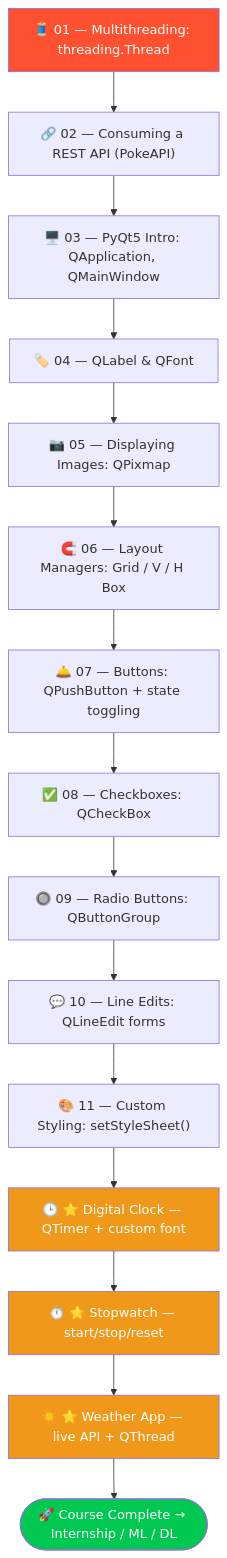
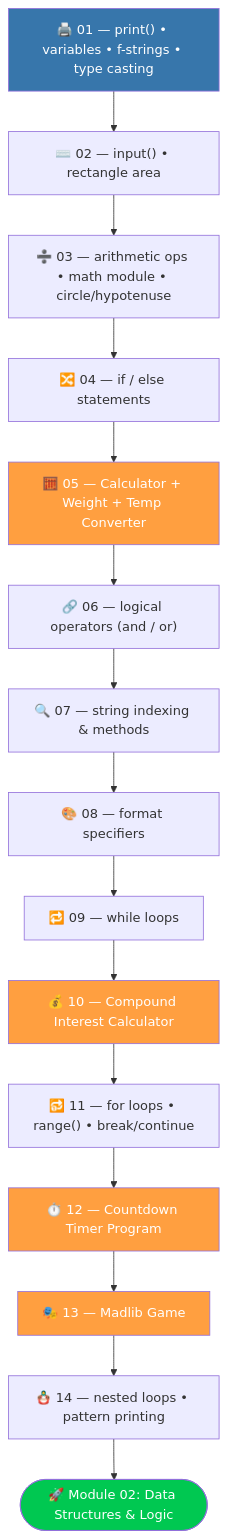
One commit to MuhammadZafran33/Algorithm-Arsenal changed the second of 3 diagrams in Python By Bro Code/04-GUI-and-APIs/README.md. Above: the diagram before and after it, drawn with Mermaid. The commit also changed other lines of this file, not shown here.

````diff
--- a/Python By Bro Code/04-GUI-and-APIs/README.md
+++ b/Python By Bro Code/04-GUI-and-APIs/README.md
@@ -81,23 +70,24 @@
 ```mermaid
 flowchart TD
-    A["🧵 01 — Multithreading: threading.Thread"] --> B["🔗 02 — Consuming a REST API (PokeAPI)"]
-    B --> C["🖥️ 03 — PyQt5 Intro: QApplication, QMainWindow"]
-    C --> D["🏷️ 04 — QLabel & QFont"]
-    D --> E["📷 05 — Displaying Images: QPixmap"]
-    E --> F["🧲 06 — Layout Managers: Grid / V / H Box"]
-    F --> G["🛎️ 07 — Buttons: QPushButton + state toggling"]
-    G --> H["✅ 08 — Checkboxes: QCheckBox"]
-    H --> I["🔘 09 — Radio Buttons: QButtonGroup"]
-    I --> J["💬 10 — Line Edits: QLineEdit forms"]
-    J --> K["🎨 11 — Custom Styling: setStyleSheet()"]
-    K --> L["🕒 ⭐ Digital Clock — QTimer + custom font"]
-    L --> M["⏱️ ⭐ Stopwatch — start/stop/reset"]
-    M --> N["☀️ ⭐ Weather App — live API + QThread"]
-    N --> O(["🚀 Course Complete → Internship / ML / DL"])
+    A["🖨️ 01 — print() • variables • f-strings • type casting"] --> B["⌨️ 02 — input() • rectangle area"]
+    B --> C["➗ 03 — arithmetic ops • math module • circle/hypotenuse"]
+    C --> D["🔀 04 — if / else statements"]
+    D --> E["🧮 05 — Calculator + Weight + Temp Converter"]
+    E --> F["🔗 06 — logical operators (and / or)"]
+    F --> G["🔍 07 — string indexing & methods"]
+    G --> H["🎨 08 — format specifiers"]
+    H --> I["🔁 09 — while loops"]
+    I --> J["💰 10 — Compound Interest Calculator"]
+    J --> K["🔂 11 — for loops • range() • break/continue"]
+    K --> L["⏱️ 12 — Countdown Timer Program"]
+    L --> M["🎭 13 — Madlib Game"]
+    M --> N["🪆 14 — nested loops • pattern printing"]
+    N --> O(["🚀 Module 02: Data Structures & Logic"])
 
-    style A fill:#FF512F,color:#fff
+    style A fill:#3776AB,color:#fff
     style O fill:#00C851,color:#fff
-    style L fill:#F09819,color:#fff
-    style M fill:#F09819,color:#fff
-    style N fill:#F09819,color:#fff
+    style E fill:#FF9F40,color:#fff
+    style J fill:#FF9F40,color:#fff
+    style L fill:#FF9F40,color:#fff
+    style M fill:#FF9F40,color:#fff
 ```
````
